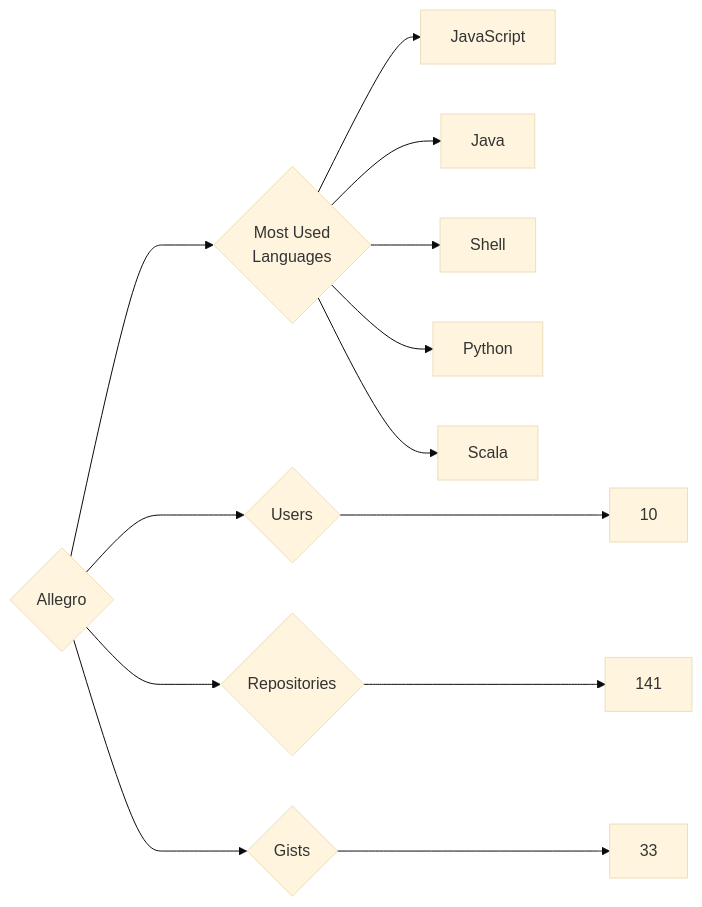
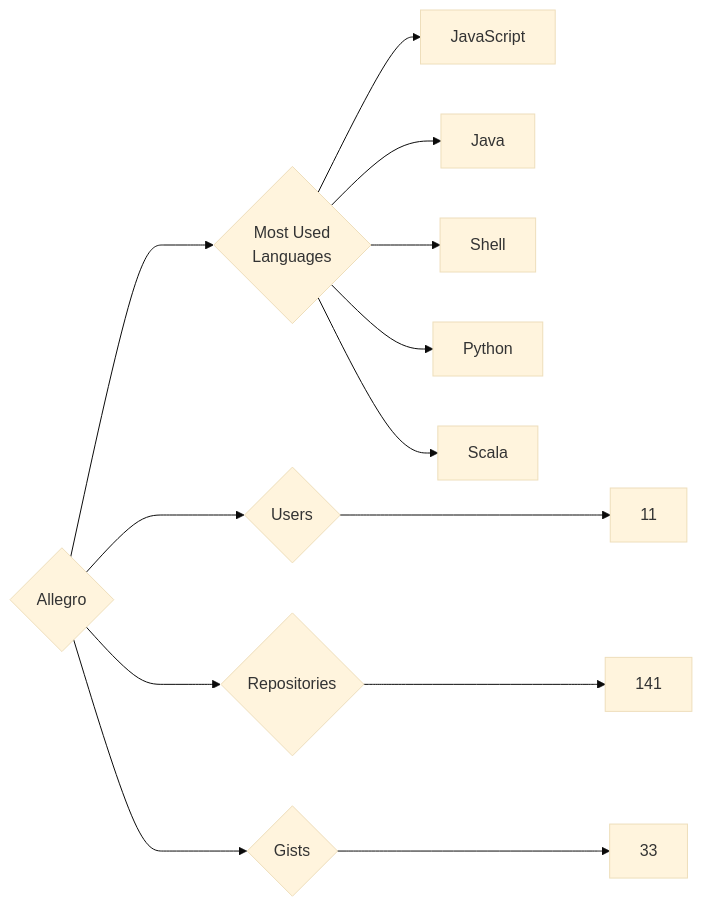
The diagram in targets/Allegro/README.md (trickest/insiders), drawn with Mermaid (base theme) before and after one commit. The commit also changed 998 other files, not shown here.

````diff
--- a/targets/Allegro/README.md
+++ b/targets/Allegro/README.md
@@ -3,13 +3,13 @@
 ```mermaid
 graph LR
 COMPANY_NAME{Allegro}
-COMPANY_NAME ---> U{Users} ---> UN[10]
+COMPANY_NAME ---> U{Users} ---> UN[11]
 COMPANY_NAME ---> R{Repositories} ---> RN[141]
 COMPANY_NAME ---> G{Gists} ---> GN[33]
 COMPANY_NAME ---> ML{Most Used<br>Languages}
 ML --> JavaScript[JavaScript]
 ML --> Java[Java]
 ML --> Shell[Shell]
 ML --> Python[Python]
 ML --> Scala[Scala]
 ```
````
